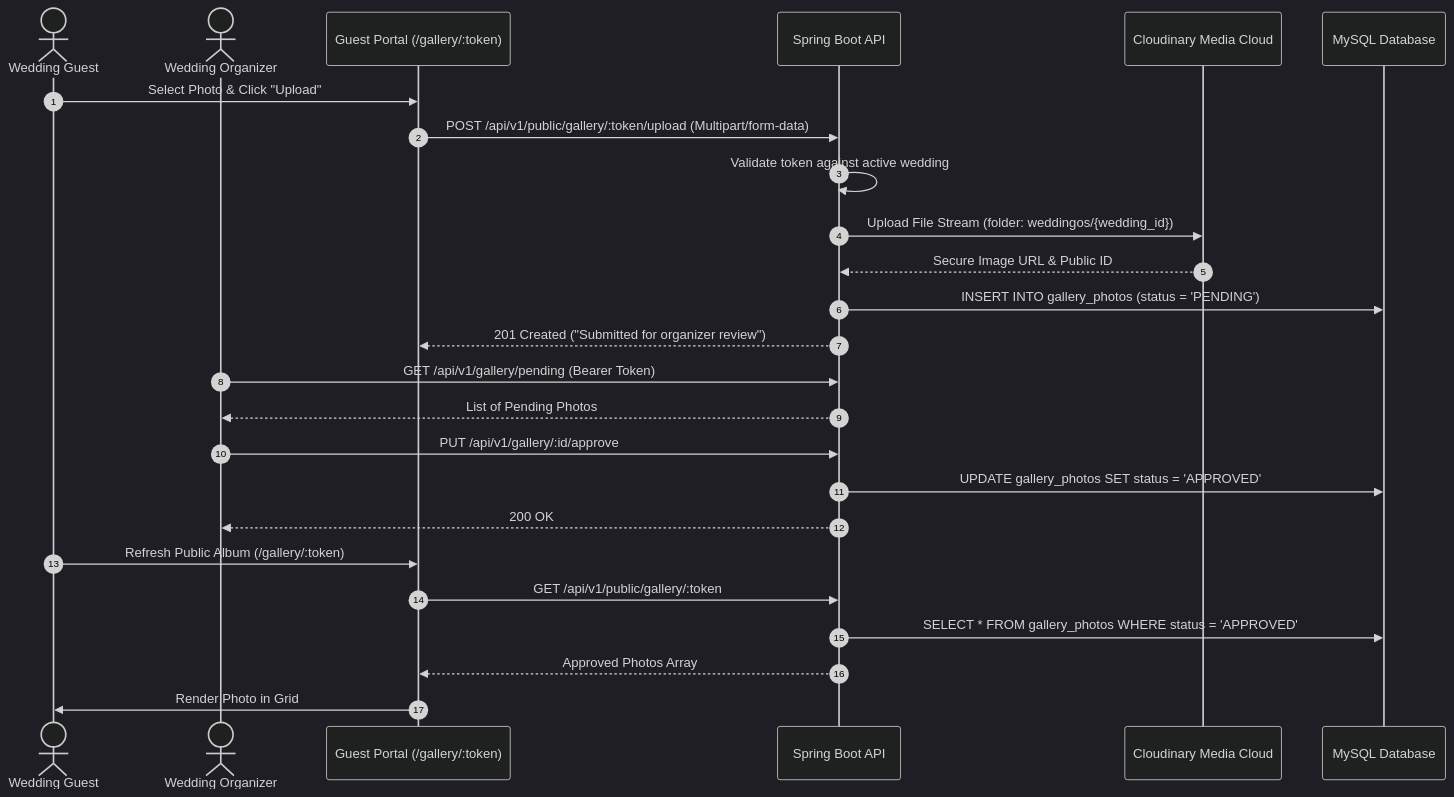
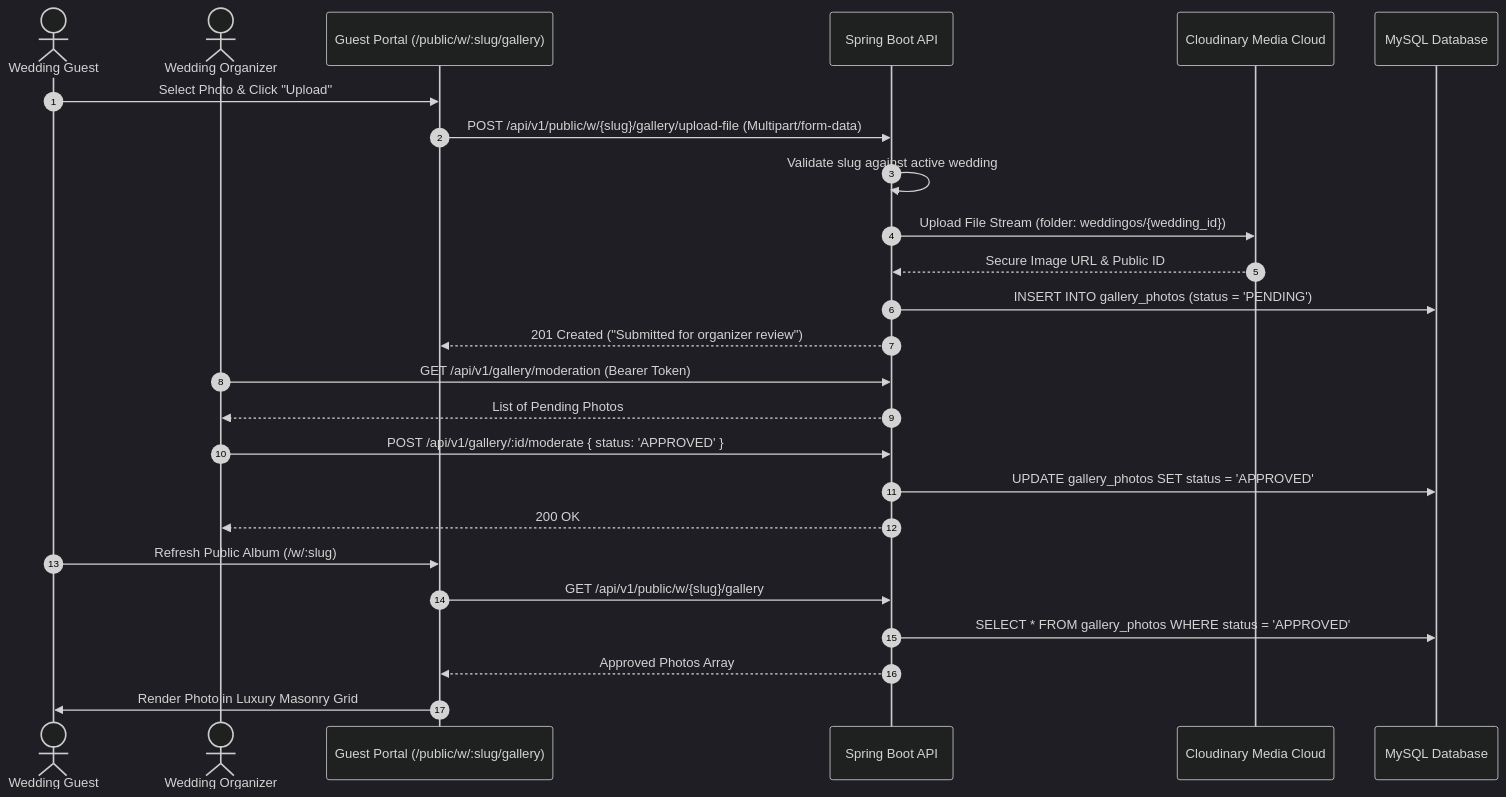
One commit to sadique-2004/WeddingOS changed the fourth of 4 diagrams in docs/02-system-architecture.md. Above: the diagram before and after it, drawn with Mermaid (dark theme). The commit also changed other lines of this file and 14 other files, not shown here.

````diff
--- a/docs/02-system-architecture.md
+++ b/docs/02-system-architecture.md
@@ -142,30 +185,30 @@
 ```mermaid
 sequenceDiagram
     autonumber
     actor Guest as Wedding Guest
     actor Organizer as Wedding Organizer
-    participant Frontend as Guest Portal (/gallery/:token)
+    participant Frontend as Guest Portal (/public/w/:slug/gallery)
     participant Backend as Spring Boot API
     participant Cloudinary as Cloudinary Media Cloud
     participant DB as MySQL Database
 
     Guest->>Frontend: Select Photo & Click "Upload"
-    Frontend->>Backend: POST /api/v1/public/gallery/:token/upload (Multipart/form-data)
-    Backend->>Backend: Validate token against active wedding
+    Frontend->>Backend: POST /api/v1/public/w/{slug}/gallery/upload-file (Multipart/form-data)
+    Backend->>Backend: Validate slug against active wedding
     Backend->>Cloudinary: Upload File Stream (folder: weddingos/{wedding_id})
     Cloudinary-->>Backend: Secure Image URL & Public ID
     Backend->>DB: INSERT INTO gallery_photos (status = 'PENDING')
     Backend-->>Frontend: 201 Created ("Submitted for organizer review")
     
-    Organizer->>Backend: GET /api/v1/gallery/pending (Bearer Token)
+    Organizer->>Backend: GET /api/v1/gallery/moderation (Bearer Token)
     Backend-->>Organizer: List of Pending Photos
-    Organizer->>Backend: PUT /api/v1/gallery/:id/approve
+    Organizer->>Backend: POST /api/v1/gallery/:id/moderate { status: 'APPROVED' }
     Backend->>DB: UPDATE gallery_photos SET status = 'APPROVED'
     Backend-->>Organizer: 200 OK
     
-    Guest->>Frontend: Refresh Public Album (/gallery/:token)
-    Frontend->>Backend: GET /api/v1/public/gallery/:token
+    Guest->>Frontend: Refresh Public Album (/w/:slug)
+    Frontend->>Backend: GET /api/v1/public/w/{slug}/gallery
     Backend->>DB: SELECT * FROM gallery_photos WHERE status = 'APPROVED'
     Backend-->>Frontend: Approved Photos Array
-    Frontend->>Guest: Render Photo in Grid
+    Frontend->>Guest: Render Photo in Luxury Masonry Grid
 ```
````
